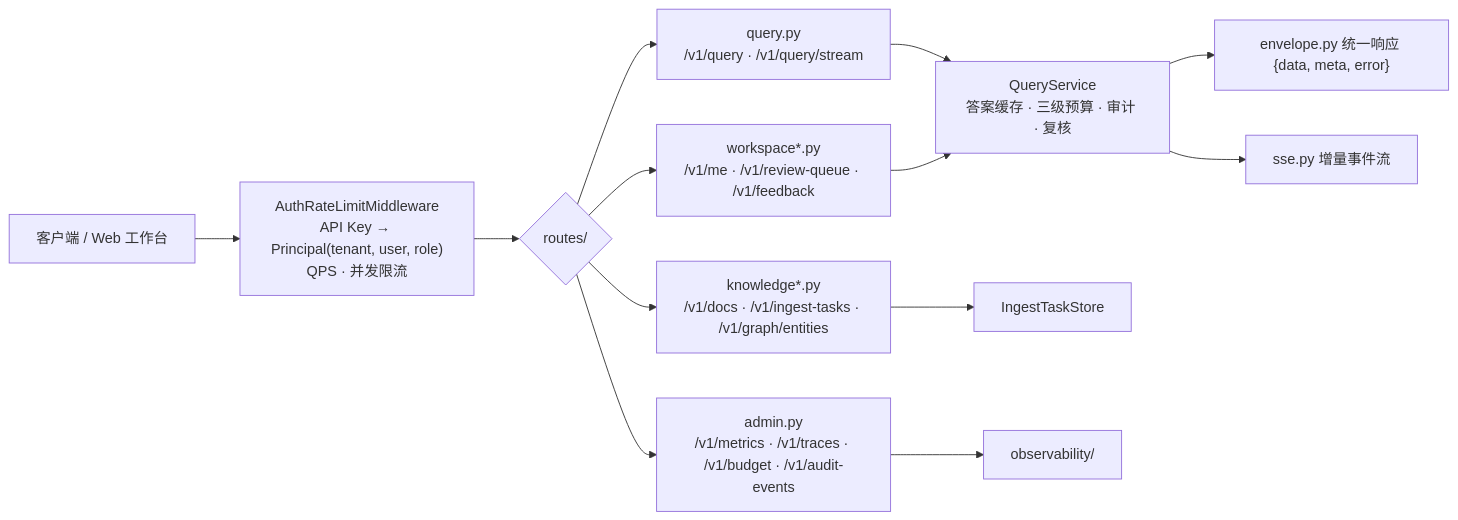
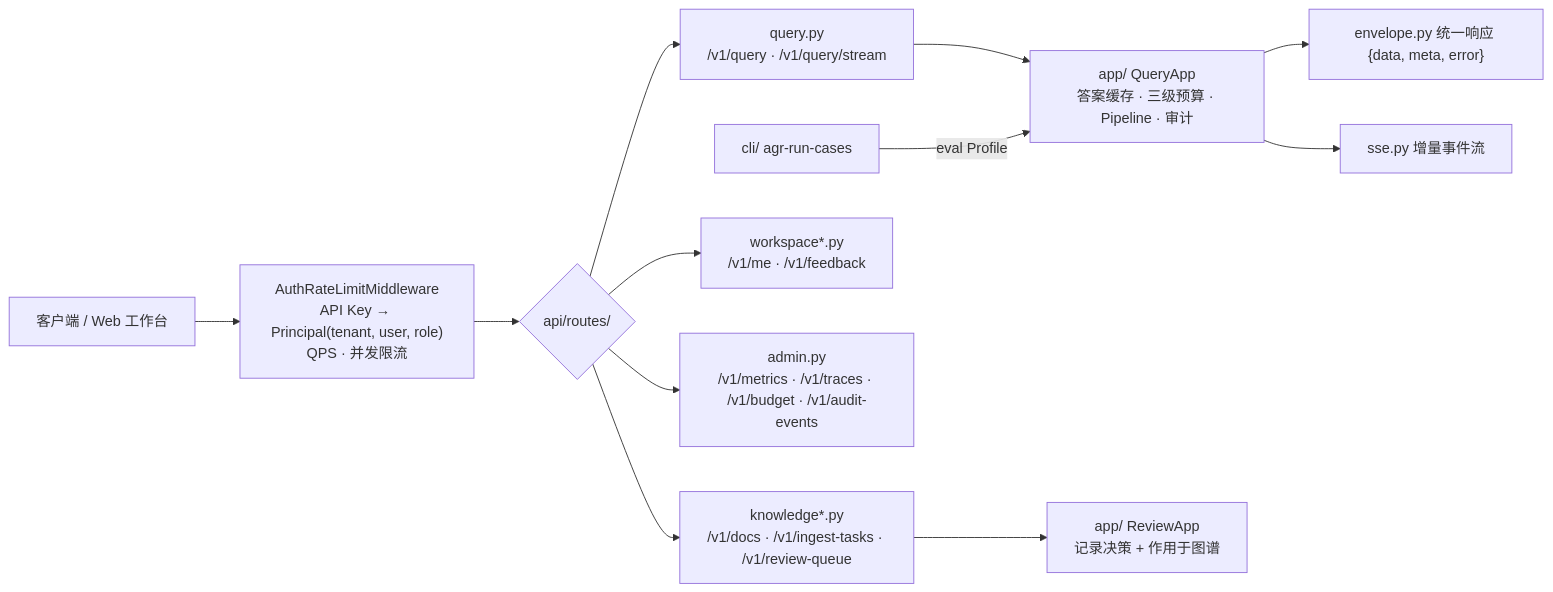
Before and after one commit to RightCloudhub/AG: the second of 17 diagrams in docs/ARCHITECTURE.md, drawn with Mermaid. The commit also changed other lines of this file and 154 other files, not shown here.

Commit message:
fix(stores): implement Neo4jGraphStore.list_entities and add it to GraphStore protocol

````diff
--- a/docs/ARCHITECTURE.md
+++ b/docs/ARCHITECTURE.md
@@ -76,15 +96,14 @@
 ```mermaid
 flowchart LR
     C["客户端 / Web 工作台"] --> MW["AuthRateLimitMiddleware<br/>API Key → Principal(tenant, user, role)<br/>QPS · 并发限流"]
-    MW --> R{"routes/"}
+    MW --> R{"api/routes/"}
     R --> RQ["query.py<br/>/v1/query · /v1/query/stream"]
-    R --> RK["knowledge*.py<br/>/v1/docs · /v1/ingest-tasks · /v1/graph/entities"]
-    R --> RW["workspace*.py<br/>/v1/me · /v1/review-queue · /v1/feedback"]
+    R --> RK["knowledge*.py<br/>/v1/docs · /v1/ingest-tasks · /v1/review-queue"]
+    R --> RW["workspace*.py<br/>/v1/me · /v1/feedback"]
     R --> RA["admin.py<br/>/v1/metrics · /v1/traces · /v1/budget · /v1/audit-events"]
-    RQ --> SVC["QueryService<br/>答案缓存 · 三级预算 · 审计 · 复核"]
-    RK --> TASK["IngestTaskStore"]
-    RW --> SVC
-    RA --> OBS["observability/"]
-    SVC --> ENV["envelope.py 统一响应 {data, meta, error}"]
-    SVC --> SSE["sse.py 增量事件流"]
+    RQ --> QA["app/ QueryApp<br/>答案缓存 · 三级预算 · Pipeline · 审计"]
+    RK --> RVA["app/ ReviewApp<br/>记录决策 + 作用于图谱"]
+    CLIE["cli/ agr-run-cases"] -->|eval Profile| QA
+    QA --> ENV["envelope.py 统一响应 {data, meta, error}"]
+    QA --> SSE["sse.py 增量事件流"]
 ```
````
